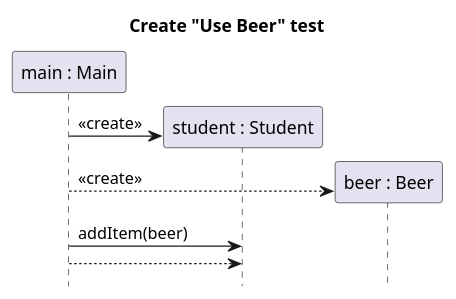
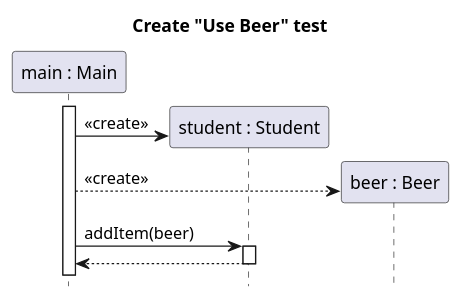
Before and after one commit to sn4k3ch4rm3r/logarlec: the diagram in docs/diagrams/test-create-sequence/student_use_beer_create.puml, drawn with PlantUML. The commit also changed 22 other files, not shown here.

Commit message:
Modified and added sequence diagrams

```diff
--- a/docs/diagrams/test-create-sequence/student_use_beer_create.puml
+++ b/docs/diagrams/test-create-sequence/student_use_beer_create.puml
@@ -1,17 +1,18 @@
 @startuml item-beer-use-create
 title Create "Use Beer" test
 hide footbox
 
 participant "main : Main" as main
 participant "student : Student" as student
 participant "beer : Beer" as beer
 
+main++
 create student
 main -> student : <<create>>
 create beer
 main --> beer : <<create>>
-main -> student : addItem(beer)
-student <-- main :
+main -> student ++ : addItem(beer)
+return
 
 
 @enduml
```
